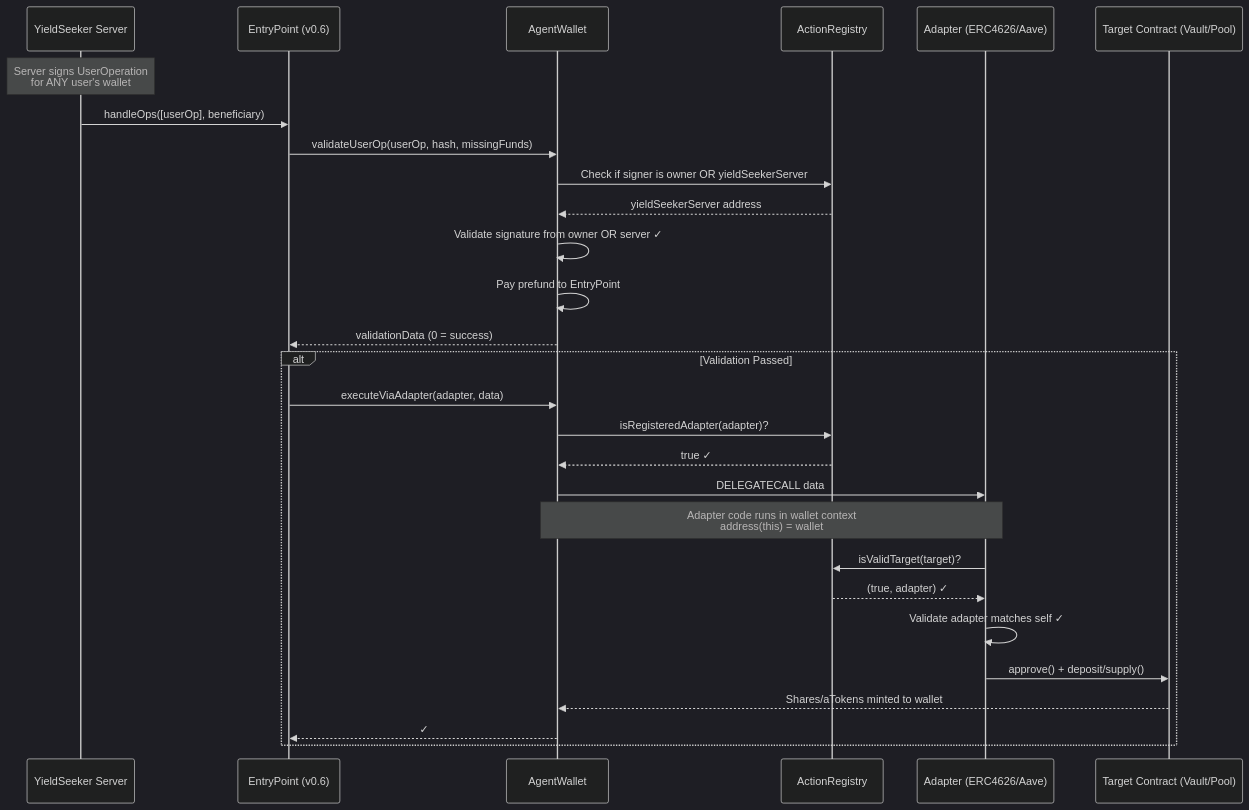
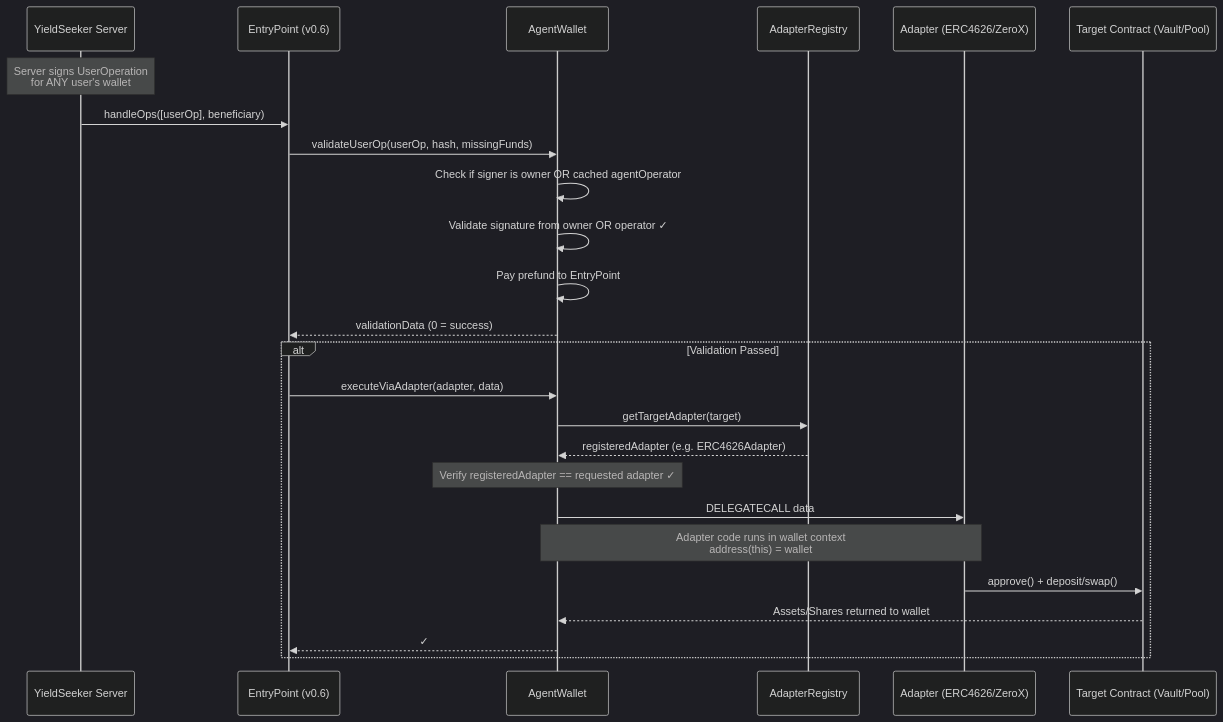
The first of 3 diagrams in README.md (tokenpage/yieldseeker-contracts), drawn with Mermaid (dark theme) before and after one commit. The commit also changed other lines of this file and 4 other files, not shown here.

````diff
--- a/README.md
+++ b/README.md
@@ -74,33 +87,30 @@
 ```mermaid
 sequenceDiagram
     participant Server as YieldSeeker Server
     participant EP as EntryPoint (v0.6)
     participant Wallet as AgentWallet
-    participant Registry as ActionRegistry
-    participant Adapter as Adapter (ERC4626/Aave)
+    participant Registry as AdapterRegistry
+    participant Adapter as Adapter (ERC4626/ZeroX)
     participant Target as Target Contract (Vault/Pool)
 
     Note over Server: Server signs UserOperation<br/>for ANY user's wallet
 
     Server->>EP: handleOps([userOp], beneficiary)
     EP->>Wallet: validateUserOp(userOp, hash, missingFunds)
-    Wallet->>Registry: Check if signer is owner OR yieldSeekerServer
-    Registry-->>Wallet: yieldSeekerServer address
-    Wallet->>Wallet: Validate signature from owner OR server ✓
+    Wallet->>Wallet: Check if signer is owner OR cached agentOperator
+    Wallet->>Wallet: Validate signature from owner OR operator ✓
     Wallet->>Wallet: Pay prefund to EntryPoint
     Wallet-->>EP: validationData (0 = success)
 
     alt Validation Passed
         EP->>Wallet: executeViaAdapter(adapter, data)
-        Wallet->>Registry: isRegisteredAdapter(adapter)?
-        Registry-->>Wallet: true ✓
+        Wallet->>Registry: getTargetAdapter(target)
+        Registry-->>Wallet: registeredAdapter (e.g. ERC4626Adapter)
+        Note over Wallet: Verify registeredAdapter == requested adapter ✓
         Wallet->>Adapter: DELEGATECALL data
         Note over Wallet, Adapter: Adapter code runs in wallet context<br/>address(this) = wallet
-        Adapter->>Registry: isValidTarget(target)?
-        Registry-->>Adapter: (true, adapter) ✓
-        Adapter->>Adapter: Validate adapter matches self ✓
-        Adapter->>Target: approve() + deposit/supply()
-        Target-->>Wallet: Shares/aTokens minted to wallet
+        Adapter->>Target: approve() + deposit/swap()
+        Target-->>Wallet: Assets/Shares returned to wallet
         Wallet-->>EP: ✓
     end
 ```
````
